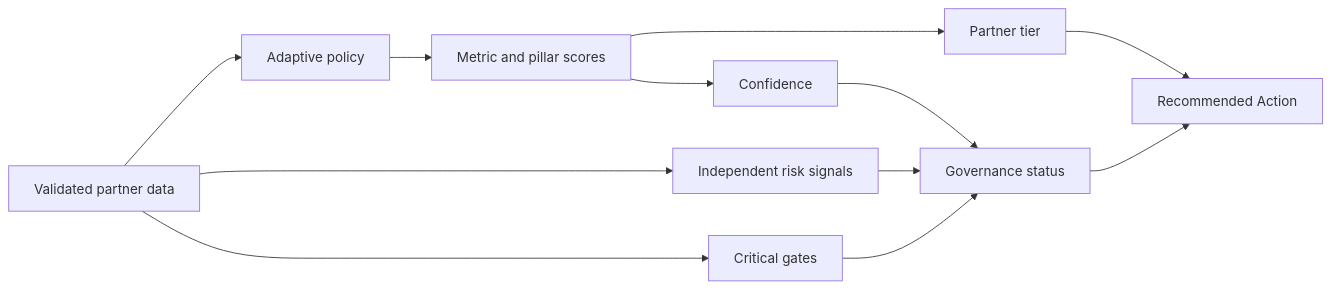
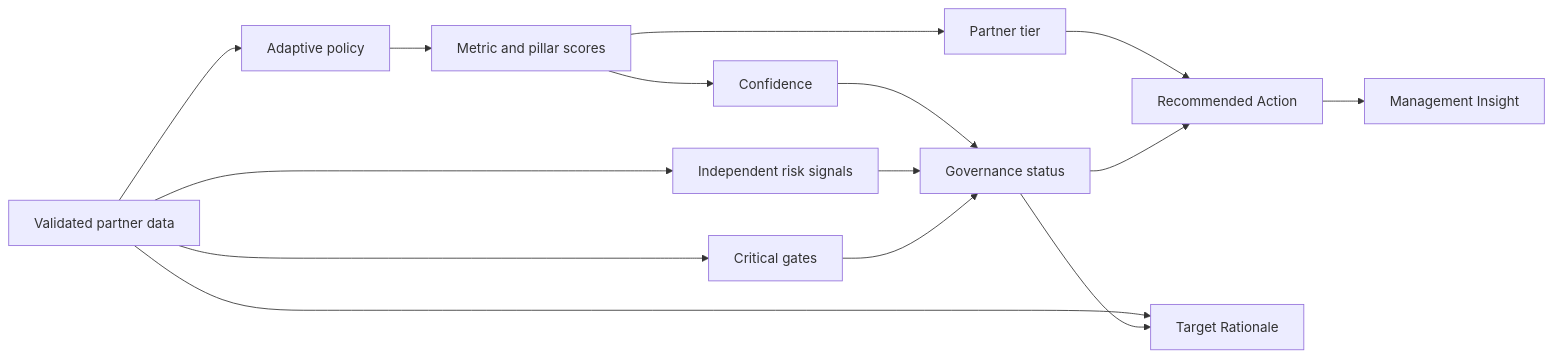
One commit to Felix-0521/Adaptive-channel-governance changed the diagram in README.md. Above: the diagram before and after it, drawn with Mermaid. The commit also changed other lines of this file and 2 other files, not shown here.

Commit message:
docs: document management insight and target rationale

````diff
--- a/README.md
+++ b/README.md
@@ -25,14 +25,17 @@
 ```mermaid
 flowchart LR
     A[Validated partner data] --> B[Adaptive policy]
     B --> C[Metric and pillar scores]
     C --> D[Confidence]
     A --> E[Independent risk signals]
     A --> F[Critical gates]
     C --> G[Partner tier]
     D --> H[Governance status]
     E --> H
     F --> H
     G --> I[Recommended Action]
     H --> I
+    I --> J[Management Insight]
+    A --> K[Target Rationale]
+    H --> K
 ```
````
